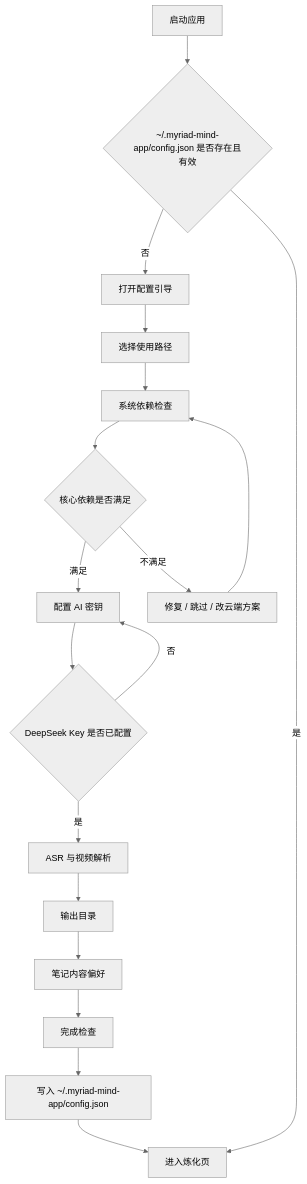
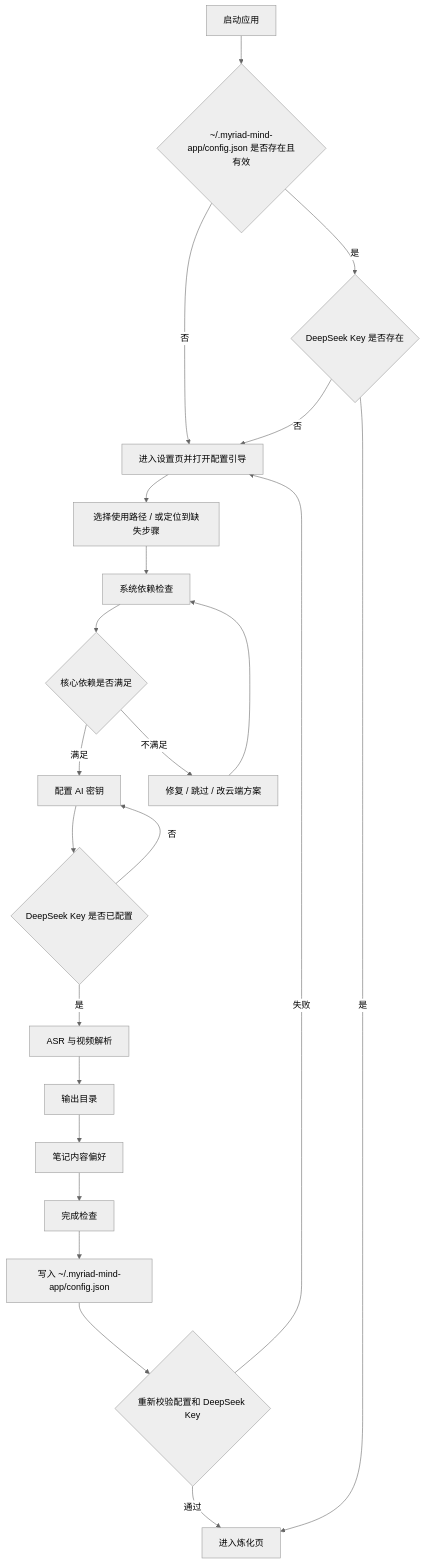
The diagram in docs/设计文档/配置引导流程设计.md (yuexingqin97/myriad-mind-app), drawn with Mermaid (neutral theme) before and after one commit. The commit also changed other lines of this file and 3 other files, not shown here.

````diff
--- a/docs/设计文档/配置引导流程设计.md
+++ b/docs/设计文档/配置引导流程设计.md
@@ -291,20 +414,24 @@
 ```mermaid
 flowchart TD
   A["启动应用"] --> B{"~/.myriad-mind-app/config.json 是否存在且有效"}
-  B -- "否" --> C["打开配置引导"]
-  B -- "是" --> D["进入炼化页"]
-  C --> E["选择使用路径"]
+  B -- "否" --> C["进入设置页并打开配置引导"]
+  B -- "是" --> B2{"DeepSeek Key 是否存在"}
+  B2 -- "否" --> C
+  B2 -- "是" --> D["进入炼化页"]
+  C --> E["选择使用路径 / 或定位到缺失步骤"]
   E --> F["系统依赖检查"]
   F --> G{"核心依赖是否满足"}
   G -- "满足" --> H["配置 AI 密钥"]
   G -- "不满足" --> I["修复 / 跳过 / 改云端方案"]
   I --> F
   H --> J{"DeepSeek Key 是否已配置"}
   J -- "否" --> H
   J -- "是" --> K["ASR 与视频解析"]
   K --> L["输出目录"]
   L --> M["笔记内容偏好"]
   M --> N["完成检查"]
   N --> O["写入 ~/.myriad-mind-app/config.json"]
-  O --> D
+  O --> P{"重新校验配置和 DeepSeek Key"}
+  P -- "通过" --> D
+  P -- "失败" --> C
 ```
````
